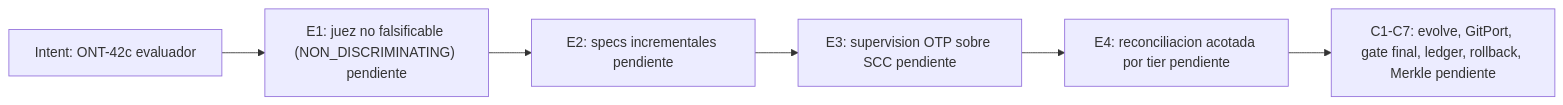
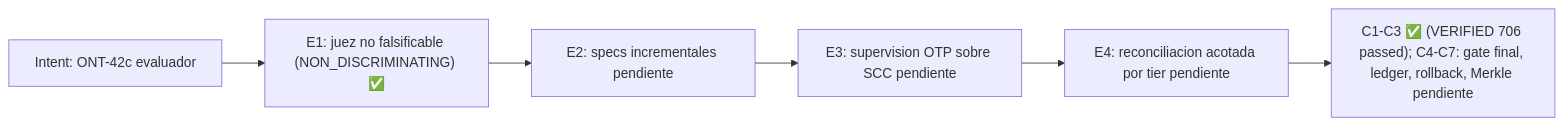
Before and after one commit to ancrz/agent-execution-plane: the third of 3 diagrams in docs/MILESTONES.md, drawn with Mermaid. The commit also changed other lines of this file and 4 other files, not shown here.

First line of the commit message:
docs(pipeline): record ONT-42c E1+C1-C3 VERIFIED

````diff
--- a/docs/MILESTONES.md
+++ b/docs/MILESTONES.md
@@ -241,8 +244,8 @@
 ```mermaid
 flowchart LR
-    I6["Intent: ONT-42c evaluador"] --> E1["E1: juez no falsificable (NON_DISCRIMINATING) pendiente"]
+    I6["Intent: ONT-42c evaluador"] --> E1["E1: juez no falsificable (NON_DISCRIMINATING) ✅"]
     E1 --> E2["E2: specs incrementales pendiente"]
     E2 --> E3["E3: supervision OTP sobre SCC pendiente"]
     E3 --> E4["E4: reconciliacion acotada por tier pendiente"]
-    E4 --> C7["C1-C7: evolve, GitPort, gate final, ledger, rollback, Merkle pendiente"]
+    E4 --> C7["C1-C3 ✅ (VERIFIED 706 passed); C4-C7: gate final, ledger, rollback, Merkle pendiente"]
 ```
````
